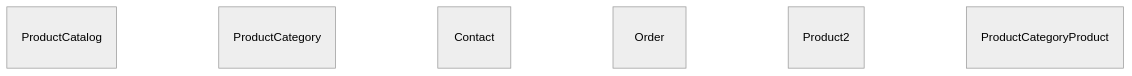
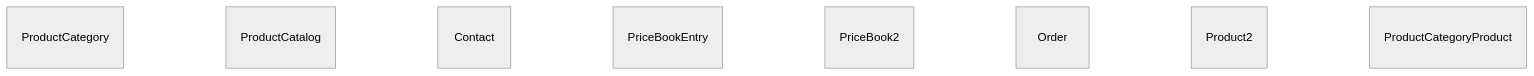
The first of 2 diagrams in docs/intro.md (sebastianclaros/teatime), drawn with Mermaid (neutral theme) before and after one commit. The commit also changed other lines of this file and 27 other files, not shown here.

````diff
--- a/docs/intro.md
+++ b/docs/intro.md
@@ -13,17 +13,21 @@
 ```mermaid
 erDiagram
 
+ProductCategory {
+}
 ProductCatalog {
 }
-ProductCategory {
+Contact {
 }
-Contact {
+PriceBookEntry {
+}
+PriceBook2 {
 }
 Order {
 }
 Product2 {
 }
 ProductCategoryProduct {
 }
 
 ```
````
